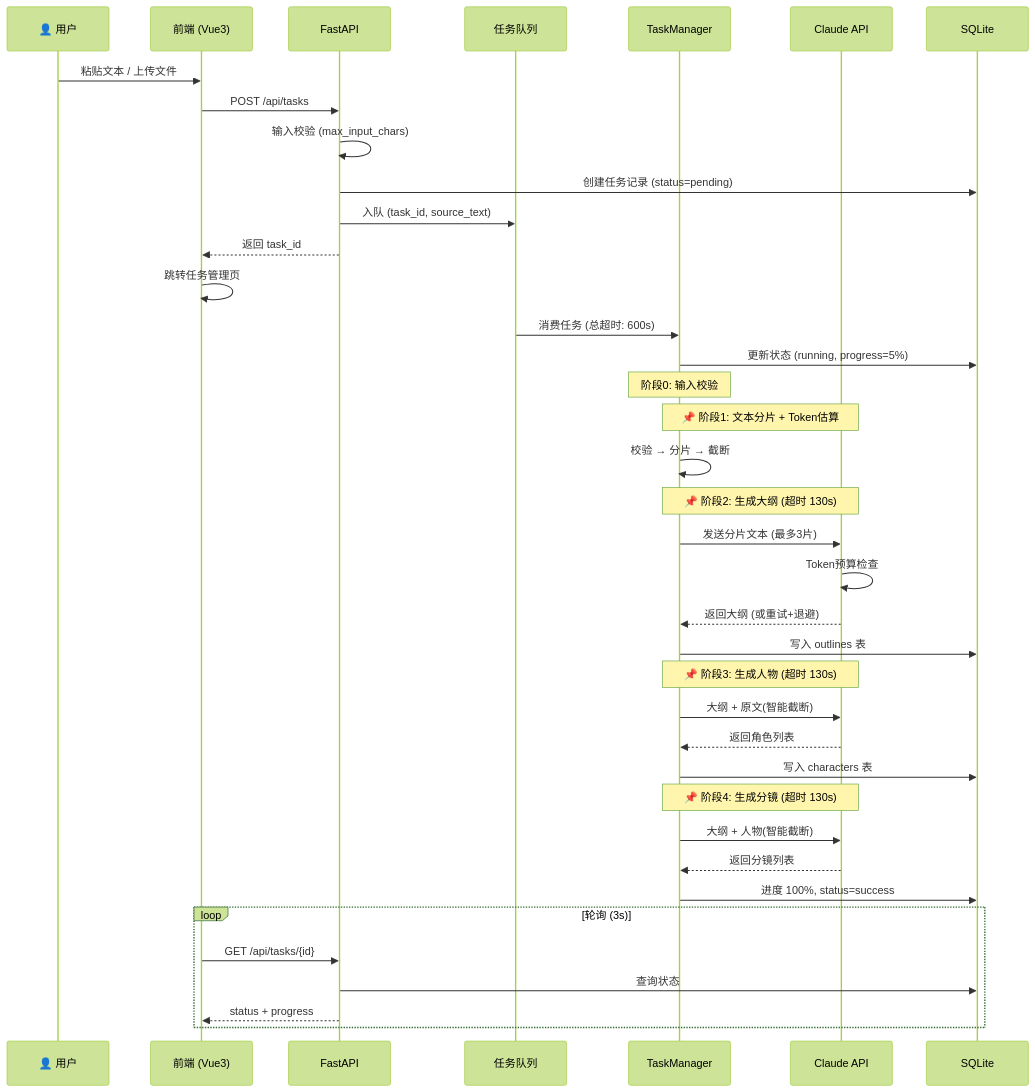
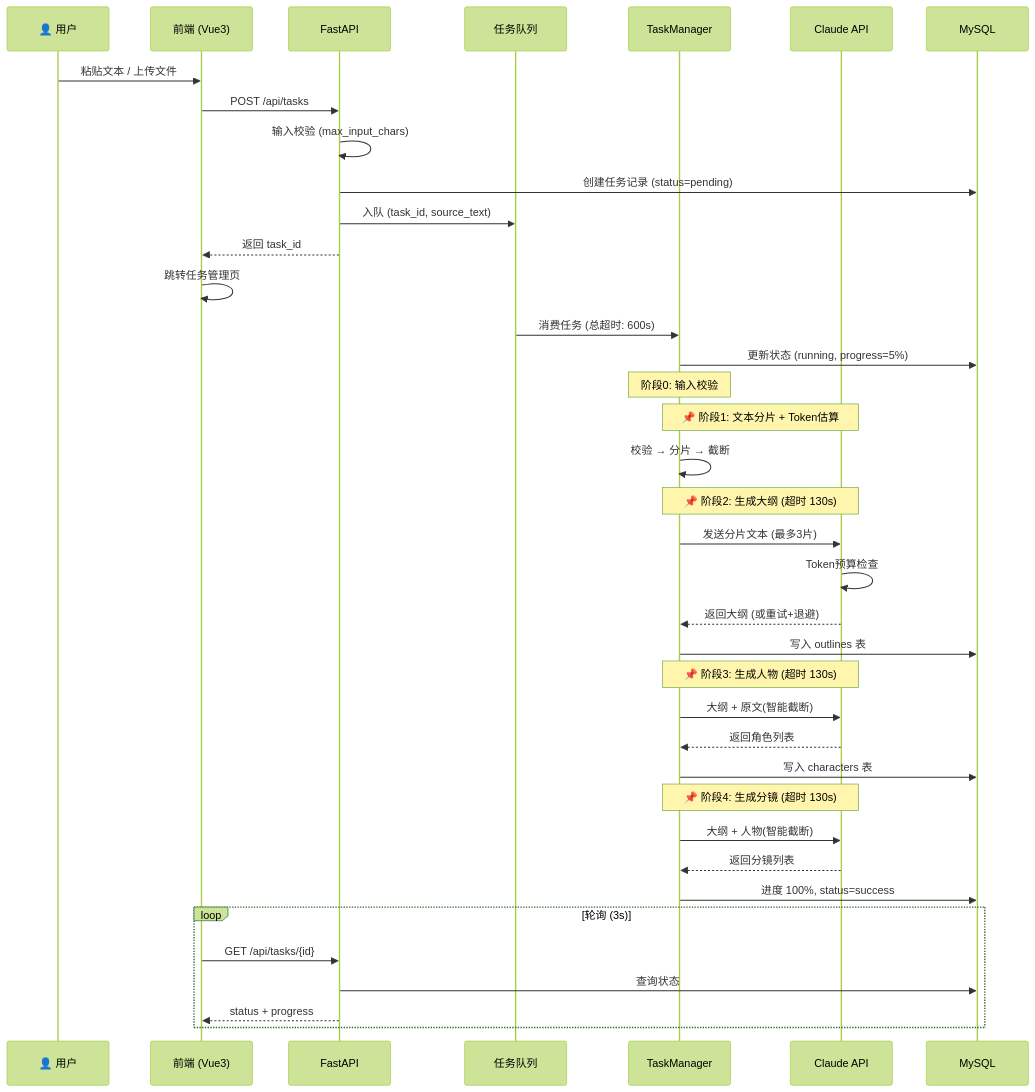
One commit to yuyunji/aigc_project changed the second of 2 diagrams in README.md. Above: the diagram before and after it, drawn with Mermaid (forest theme). The commit also changed other lines of this file and 17 other files, not shown here.

````diff
--- a/README.md
+++ b/README.md
@@ -128,48 +128,48 @@
 ```mermaid
 sequenceDiagram
     participant U as 👤 用户
     participant FE as 前端 (Vue3)
     participant API as FastAPI
     participant Q as 任务队列
     participant TM as TaskManager
     participant LLM as Claude API
-    participant DB as SQLite
+    participant DB as MySQL
 
     U->>FE: 粘贴文本 / 上传文件
     FE->>API: POST /api/tasks
     API->>API: 输入校验 (max_input_chars)
     API->>DB: 创建任务记录 (status=pending)
     API->>Q: 入队 (task_id, source_text)
     API-->>FE: 返回 task_id
     FE->>FE: 跳转任务管理页
 
     Q->>TM: 消费任务 (总超时: 600s)
     TM->>DB: 更新状态 (running, progress=5%)
 
     Note over TM: 阶段0: 输入校验
 
     Note over TM,LLM: 📌 阶段1: 文本分片 + Token估算
     TM->>TM: 校验 → 分片 → 截断
 
     Note over TM,LLM: 📌 阶段2: 生成大纲 (超时 130s)
     TM->>LLM: 发送分片文本 (最多3片)
     LLM->>LLM: Token预算检查
     LLM-->>TM: 返回大纲 (或重试+退避)
     TM->>DB: 写入 outlines 表
 
     Note over TM,LLM: 📌 阶段3: 生成人物 (超时 130s)
     TM->>LLM: 大纲 + 原文(智能截断)
     LLM-->>TM: 返回角色列表
     TM->>DB: 写入 characters 表
 
     Note over TM,LLM: 📌 阶段4: 生成分镜 (超时 130s)
     TM->>LLM: 大纲 + 人物(智能截断)
     LLM-->>TM: 返回分镜列表
     TM->>DB: 进度 100%, status=success
 
     loop 轮询 (3s)
         FE->>API: GET /api/tasks/{id}
         API->>DB: 查询状态
         API-->>FE: status + progress
     end
 ```
````
